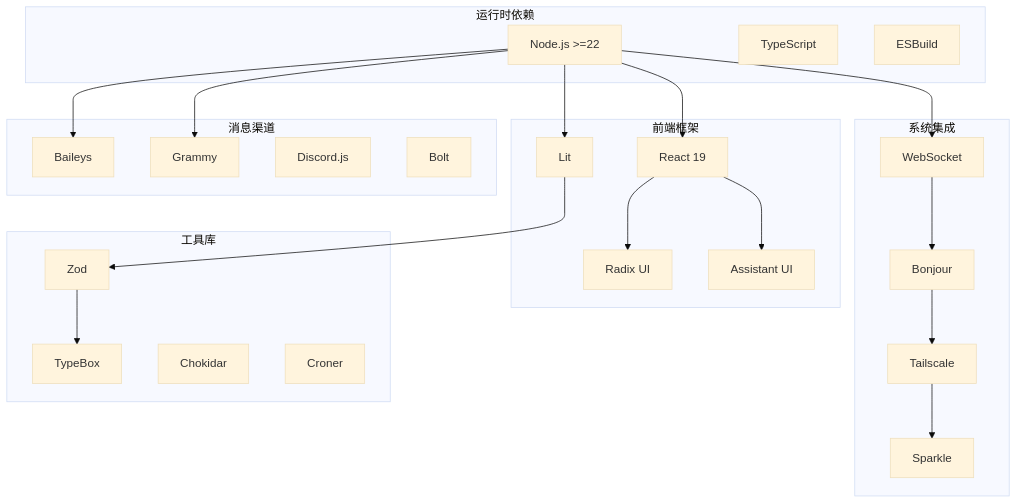
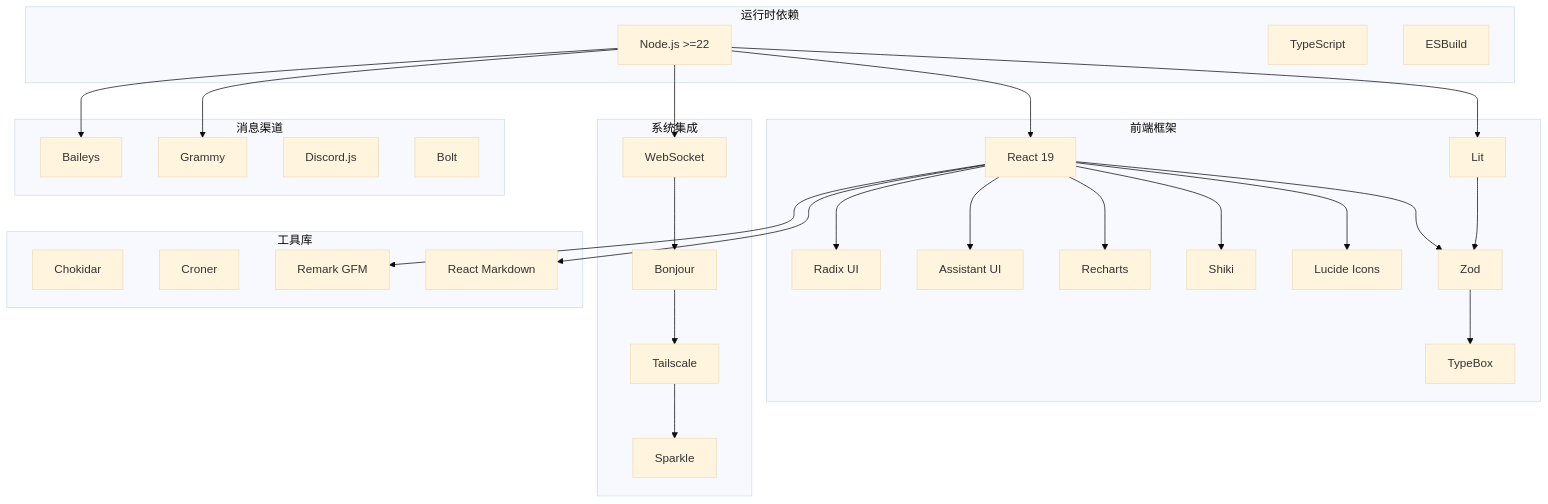
One commit to verse-ai-org/openclaw changed diagram 13 of 13 in .qoder/repowiki/zh/content/Web界面/UI组件系统/工具UI组件/富工具UI基础设施.md. Above: the diagram before and after it, drawn with Mermaid (base theme). The commit also changed other lines of this file and 55 other files, not shown here.

````diff
--- a/.qoder/repowiki/zh/content/Web界面/UI组件系统/工具UI组件/富工具UI基础设施.md
+++ b/.qoder/repowiki/zh/content/Web界面/UI组件系统/工具UI组件/富工具UI基础设施.md
@@ -367,44 +688,55 @@
 ```mermaid
 graph TB
 subgraph "运行时依赖"
 NodeJS[Node.js >=22]
 TypeScript[TypeScript]
 ESBuild[ESBuild]
 end
 subgraph "前端框架"
 React[React 19]
 Lit[Lit]
 RadixUI[Radix UI]
 AssistantUI[Assistant UI]
+Recharts[Recharts]
+Shiki[Shiki]
+Lucide[Lucide Icons]
+Zod[Zod]
+TypeBox[TypeBox]
 end
 subgraph "系统集成"
 WebSocket[WebSocket]
 Bonjour[Bonjour]
 Tailscale[Tailscale]
 Sparkle[Sparkle]
 end
 subgraph "消息渠道"
 Baileys[Baileys]
 Grammy[Grammy]
 DiscordJS[Discord.js]
 Bolt[Bolt]
 end
 subgraph "工具库"
-Zod[Zod]
-TypeBox[TypeBox]
 Chokidar[Chokidar]
 Croner[Croner]
+Remark[Remark GFM]
+ReactMarkdown[React Markdown]
 end
 NodeJS --> React
 NodeJS --> Lit
 NodeJS --> Baileys
 NodeJS --> Grammy
 NodeJS --> WebSocket
 React --> RadixUI
 React --> AssistantUI
+React --> Recharts
+React --> Shiki
+React --> Lucide
+React --> Zod
+React --> Remark
+React --> ReactMarkdown
 Lit --> Zod
 Zod --> TypeBox
 WebSocket --> Bonjour
 Bonjour --> Tailscale
 Tailscale --> Sparkle
 ```
````
